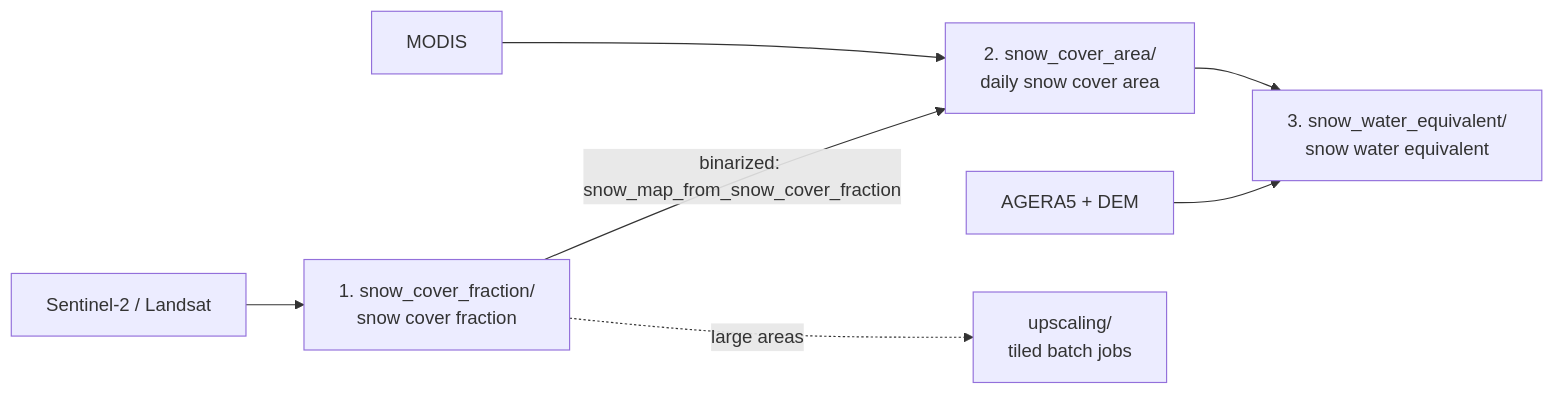
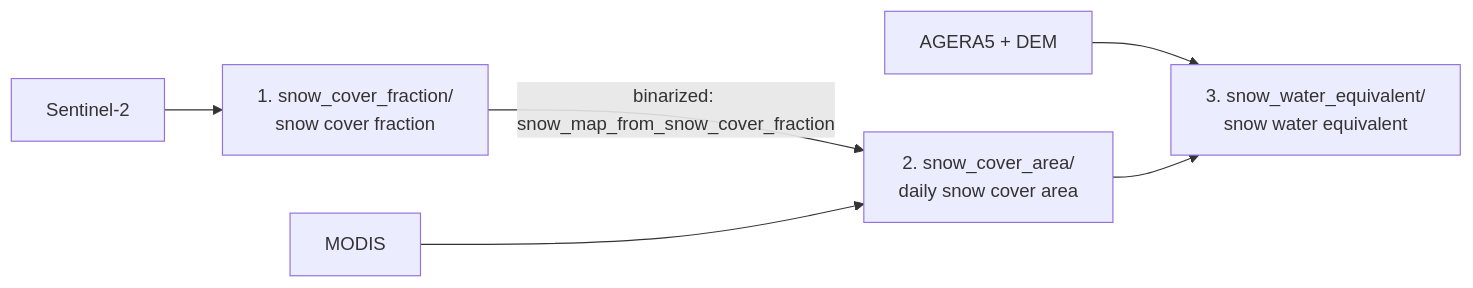
One commit to SNOWCOP/openeo_mountains_snow changed the diagram in README.md. Above: the diagram before and after it, drawn with Mermaid. The commit also changed other lines of this file and 31 other files, not shown here.

````diff
--- a/README.md
+++ b/README.md
@@ -8,9 +8,8 @@
 ```mermaid
 flowchart LR
-    S2[Sentinel-2 / Landsat] --> SCF["1. snow_cover_fraction/<br/>snow cover fraction"]
+    S2[Sentinel-2] --> SCF["1. snow_cover_fraction/<br/>snow cover fraction"]
     SCF -- "binarized: snow_map_from_snow_cover_fraction" --> SCA["2. snow_cover_area/<br/>daily snow cover area"]
     MODIS[MODIS] --> SCA
     AGERA[AGERA5 + DEM] --> SWE["3. snow_water_equivalent/<br/>snow water equivalent"]
     SCA --> SWE
-    SCF -. large areas .-> UP["upscaling/<br/>tiled batch jobs"]
 ```
````
